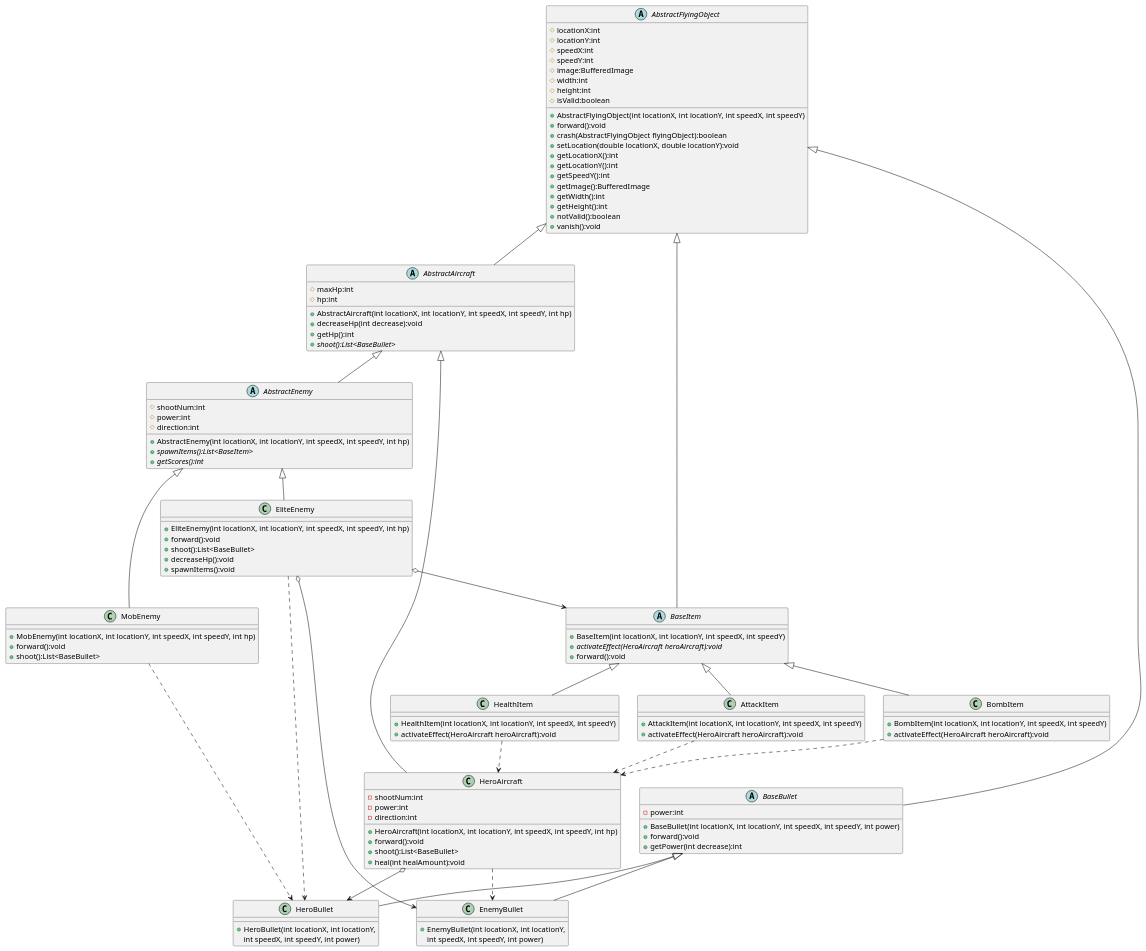
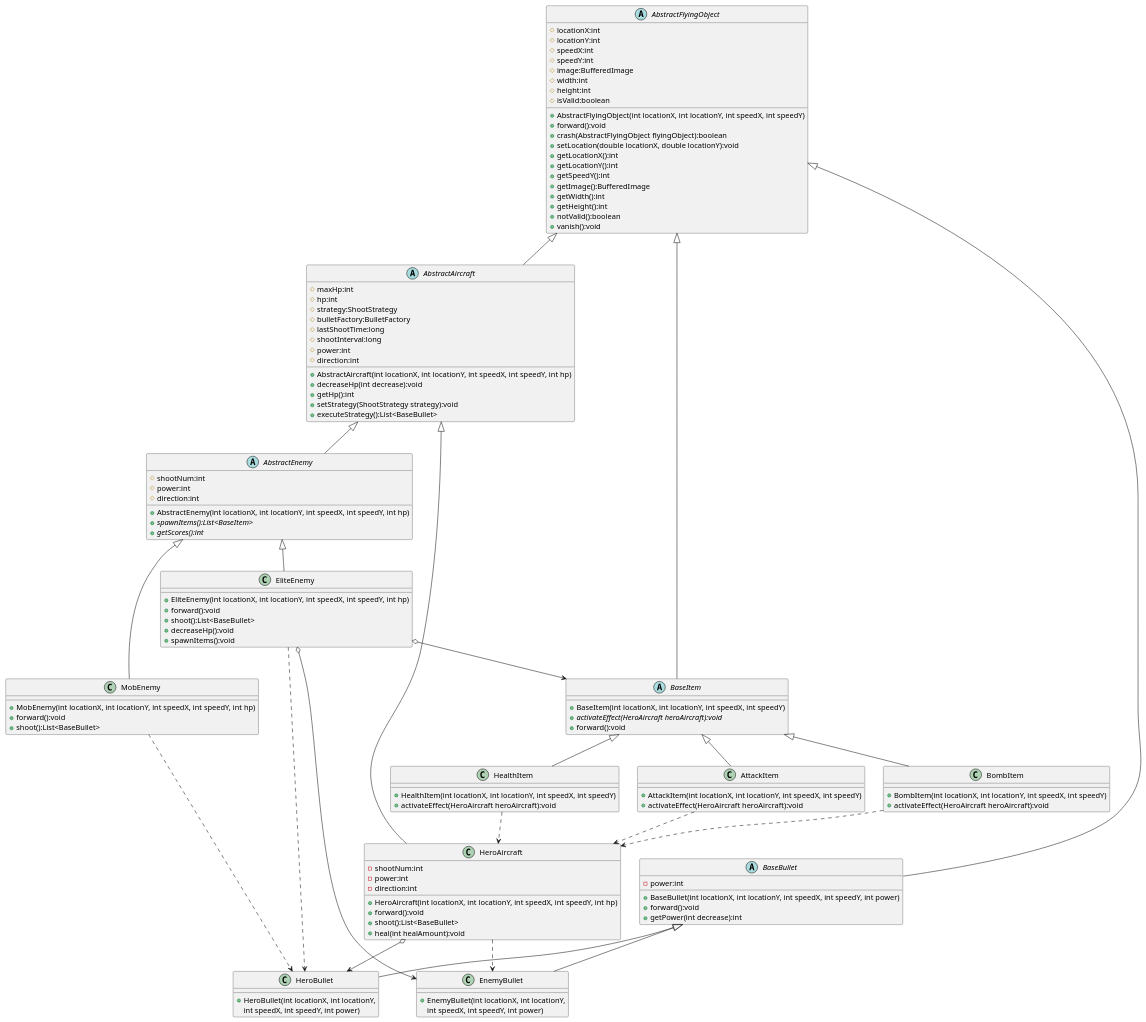
Before and after one commit to ZhouYuan307/AircraftWar: the diagram in uml/Inheritence.puml, drawn with PlantUML. The commit also changed 32 other files, not shown here.

```diff
--- a/uml/Inheritence.puml
+++ b/uml/Inheritence.puml
@@ -1,144 +1,151 @@
 @startuml
 'https://plantuml.com/class-diagram
 
 abstract class AbstractFlyingObject
 {
     # locationX:int
     # locationY:int
     # speedX:int
     # speedY:int
     # image:BufferedImage
     # width:int
     # height:int
     # isValid:boolean
 
     + AbstractFlyingObject(int locationX, int locationY, int speedX, int speedY)
     + forward():void
     + crash(AbstractFlyingObject flyingObject):boolean
     + setLocation(double locationX, double locationY):void
     + getLocationX():int
     + getLocationY():int
     + getSpeedY():int
     + getImage():BufferedImage
     + getWidth():int
     + getHeight():int
     + notValid():boolean
     + vanish():void
 }
 
 abstract class AbstractAircraft
 {
 	# maxHp:int
     # hp:int
+    # strategy:ShootStrategy
+    # bulletFactory:BulletFactory
+    # lastShootTime:long
+    # shootInterval:long
+    # power:int
+    # direction:int
     + AbstractAircraft(int locationX, int locationY, int speedX, int speedY, int hp)
     + decreaseHp(int decrease):void
     + getHp():int
-    + {abstract} shoot():List<BaseBullet>
+    + setStrategy(ShootStrategy strategy):void
+    + executeStrategy():List<BaseBullet>
  }
 AbstractFlyingObject <|-- AbstractAircraft
 
 abstract class AbstractEnemy
 {
     # shootNum:int
     # power:int
     # direction:int
     + AbstractEnemy(int locationX, int locationY, int speedX, int speedY, int hp)
     + {abstract} spawnItems():List<BaseItem>
     + {abstract} getScores():int
  }
 AbstractAircraft <|-- AbstractEnemy
 
 class HeroAircraft {
     - shootNum:int
     - power:int
     - direction:int
     + HeroAircraft(int locationX, int locationY, int speedX, int speedY, int hp)
     + forward():void
     + shoot():List<BaseBullet>
     + heal(int healAmount):void
 }
 AbstractAircraft <|-- HeroAircraft
 
 class MobEnemy {
     + MobEnemy(int locationX, int locationY, int speedX, int speedY, int hp)
     + forward():void
     + shoot():List<BaseBullet>
 }
 AbstractEnemy <|-- MobEnemy
 
 class EliteEnemy {
     + EliteEnemy(int locationX, int locationY, int speedX, int speedY, int hp)
     + forward():void
     + shoot():List<BaseBullet>
     + decreaseHp():void
     + spawnItems():void
 }
 AbstractEnemy <|-- EliteEnemy
 
 abstract class BaseBullet
 {
     - power:int
     + BaseBullet(int locationX, int locationY, int speedX, int speedY, int power)
     + forward():void
 	+ getPower(int decrease):int
 
 }
 AbstractFlyingObject <|-- BaseBullet
 
 class HeroBullet {
     + HeroBullet(int locationX, int locationY,
      int speedX, int speedY, int power)
 }
 BaseBullet <|-- HeroBullet
 
 class EnemyBullet {
     + EnemyBullet(int locationX, int locationY,
      int speedX, int speedY, int power)
 }
 BaseBullet <|-- EnemyBullet
 
 
 abstract class BaseItem{
     + BaseItem(int locationX, int locationY, int speedX, int speedY)
     + {abstract}activateEffect(HeroAircraft heroAircraft):void
     + forward():void
 }
 AbstractFlyingObject <|-- BaseItem
 
 class AttackItem {
     + AttackItem(int locationX, int locationY, int speedX, int speedY)
     + activateEffect(HeroAircraft heroAircraft):void
 }
 BaseItem <|-- AttackItem
 
 class BombItem {
     + BombItem(int locationX, int locationY, int speedX, int speedY)
     + activateEffect(HeroAircraft heroAircraft):void
 }
 
 BaseItem <|-- BombItem
 
 class HealthItem {
     + HealthItem(int locationX, int locationY, int speedX, int speedY)
     + activateEffect(HeroAircraft heroAircraft):void
 }
 BaseItem <|-- HealthItem
 
 
 '除去继承之外的关系
 
 '依赖关系
 HealthItem ..> HeroAircraft
 BombItem ..> HeroAircraft
 AttackItem ..> HeroAircraft
 HeroAircraft ..> EnemyBullet
 EliteEnemy ..> HeroBullet
 MobEnemy ..> HeroBullet
 
 '聚合关系
 HeroAircraft o--> HeroBullet
 EliteEnemy o--> EnemyBullet
 EliteEnemy o--> BaseItem
 
 
 @enduml
```
